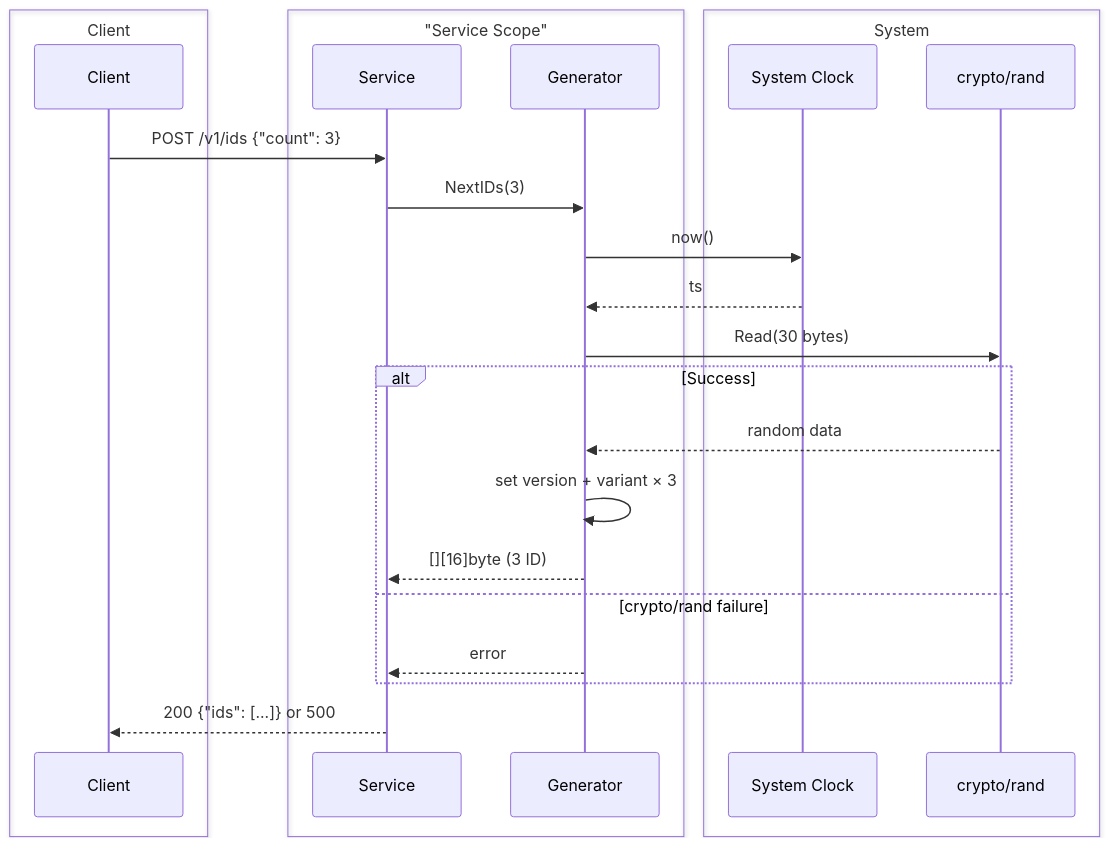
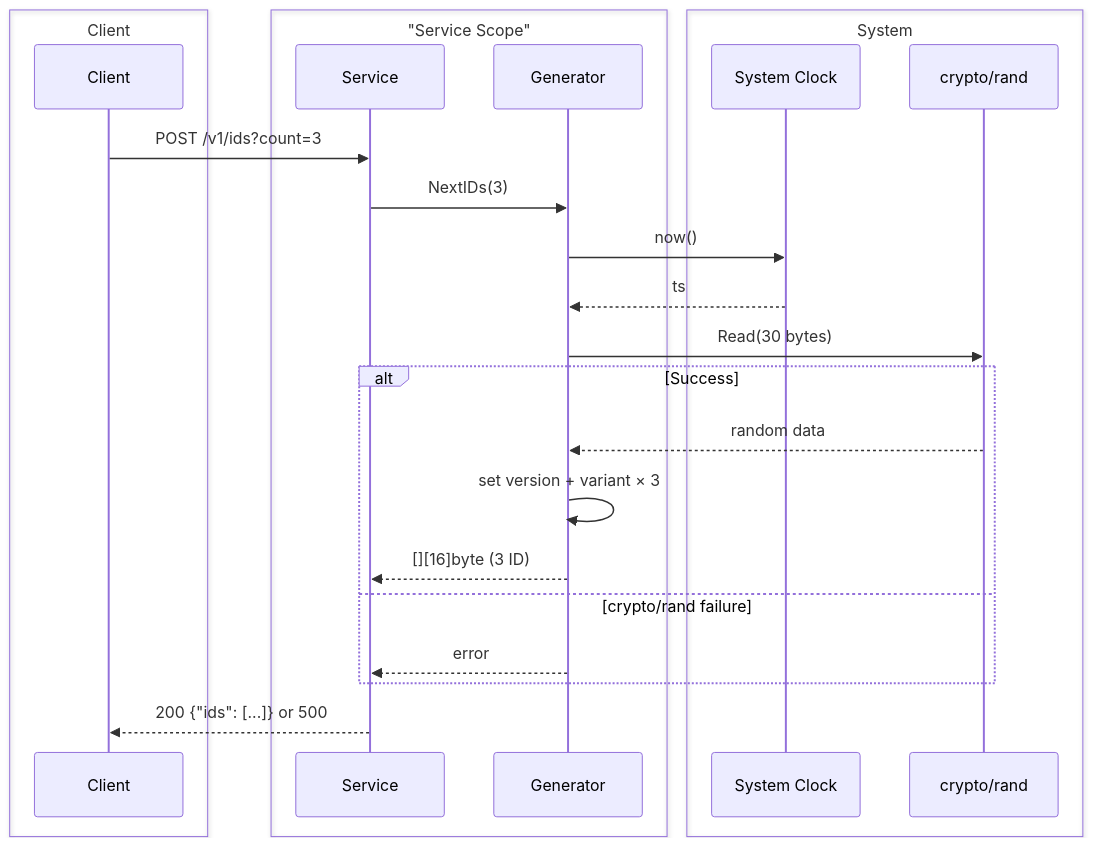
One commit to Albe83/snowflake-id-service changed the third of 4 diagrams in docs/design/uuidv7-generator-workflow.md. Above: the diagram before and after it, drawn with Mermaid. The commit also changed 1 other file, not shown here.

Commit message:
docs: fix OAS issues — examples, random_payload, metrics media type, decode status codes

````diff
--- a/docs/design/uuidv7-generator-workflow.md
+++ b/docs/design/uuidv7-generator-workflow.md
@@ -51,30 +51,30 @@
 ```mermaid
 sequenceDiagram
     box Client
         participant C as Client
     end
     box "Service Scope"
         participant S as Service
         participant G as Generator
     end
     box System
         participant Ck as System Clock
         participant R as crypto/rand
     end
 
-    C->>S: POST /v1/ids {"count": 3}
+    C->>S: POST /v1/ids?count=3
     S->>G: NextIDs(3)
 
     G->>Ck: now()
     Ck-->>G: ts
     G->>R: Read(30 bytes)
     alt Success
         R-->>G: random data
         G->>G: set version + variant × 3
         G-->>S: [][16]byte (3 ID)
     else crypto/rand failure
         G-->>S: error
     end
 
     S-->>C: 200 {"ids": [...]} or 500
 ```
````
